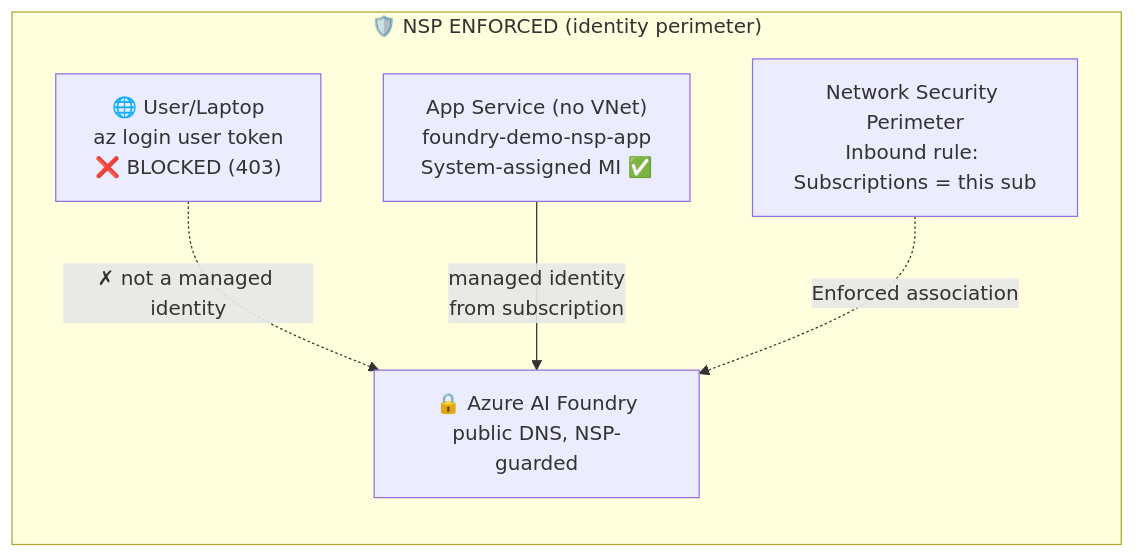
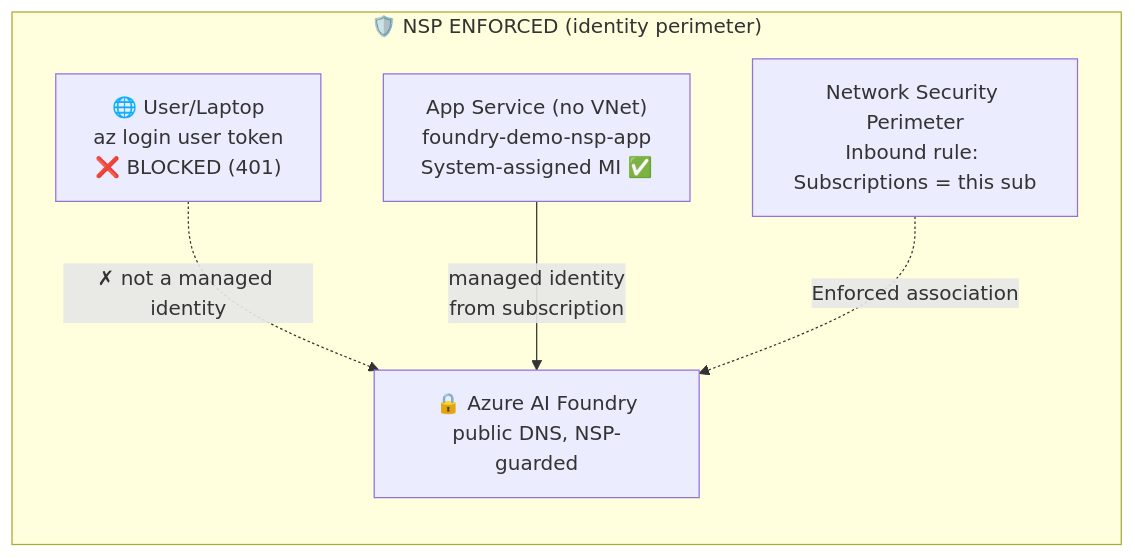
The second of 2 diagrams in README.md (dmauser/ms-foundry-pe-demo), drawn with Mermaid before and after one commit. The commit also changed other lines of this file and 2 other files, not shown here.

First line of the commit message:
fix(scenario2): grant deployer data-plane RBAC in 03 + correct NSP deny to 401

````diff
--- a/README.md
+++ b/README.md
@@ -283,9 +283,9 @@
 ```mermaid
 graph LR
     subgraph Enforced["🛡️ NSP ENFORCED (identity perimeter)"]
         direction TB
-        User["🌐 User/Laptop<br/>az login user token<br/>❌ BLOCKED (403)"] -.->|✗ not a managed identity| Foundry["🔒 Azure AI Foundry<br/>public DNS, NSP-guarded"]
+        User["🌐 User/Laptop<br/>az login user token<br/>❌ BLOCKED (401)"] -.->|✗ not a managed identity| Foundry["🔒 Azure AI Foundry<br/>public DNS, NSP-guarded"]
         NspApp["App Service (no VNet)<br/>foundry-demo-nsp-app<br/>System-assigned MI ✅"] -->|managed identity<br/>from subscription| Foundry
         NSP["Network Security Perimeter<br/>Inbound rule: Subscriptions = this sub"] -.->|Enforced association| Foundry
     end
 ```
````
